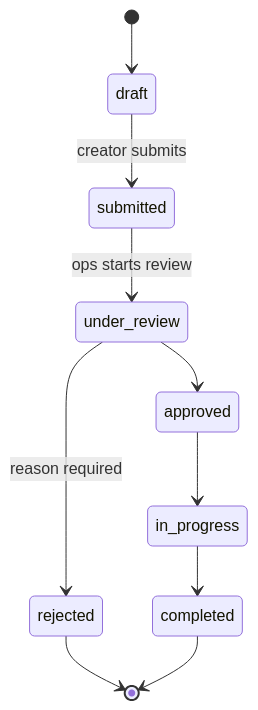
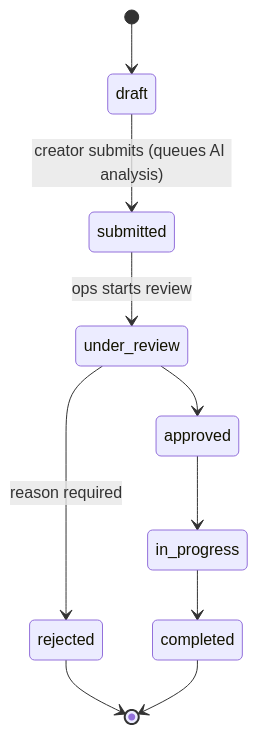
Before and after one commit to DhruvinBarot/opsflow-ai: the second of 2 diagrams in README.md, drawn with Mermaid. The commit also changed other lines of this file and 92 other files, not shown here.

````diff
--- a/README.md
+++ b/README.md
@@ -21,12 +99,12 @@
 ```mermaid
 stateDiagram-v2
     [*] --> draft
-    draft --> submitted: creator submits
+    draft --> submitted: creator submits (queues AI analysis)
     submitted --> under_review: ops starts review
     under_review --> approved
     under_review --> rejected: reason required
     approved --> in_progress
     in_progress --> completed
     rejected --> [*]
     completed --> [*]
 ```
````
